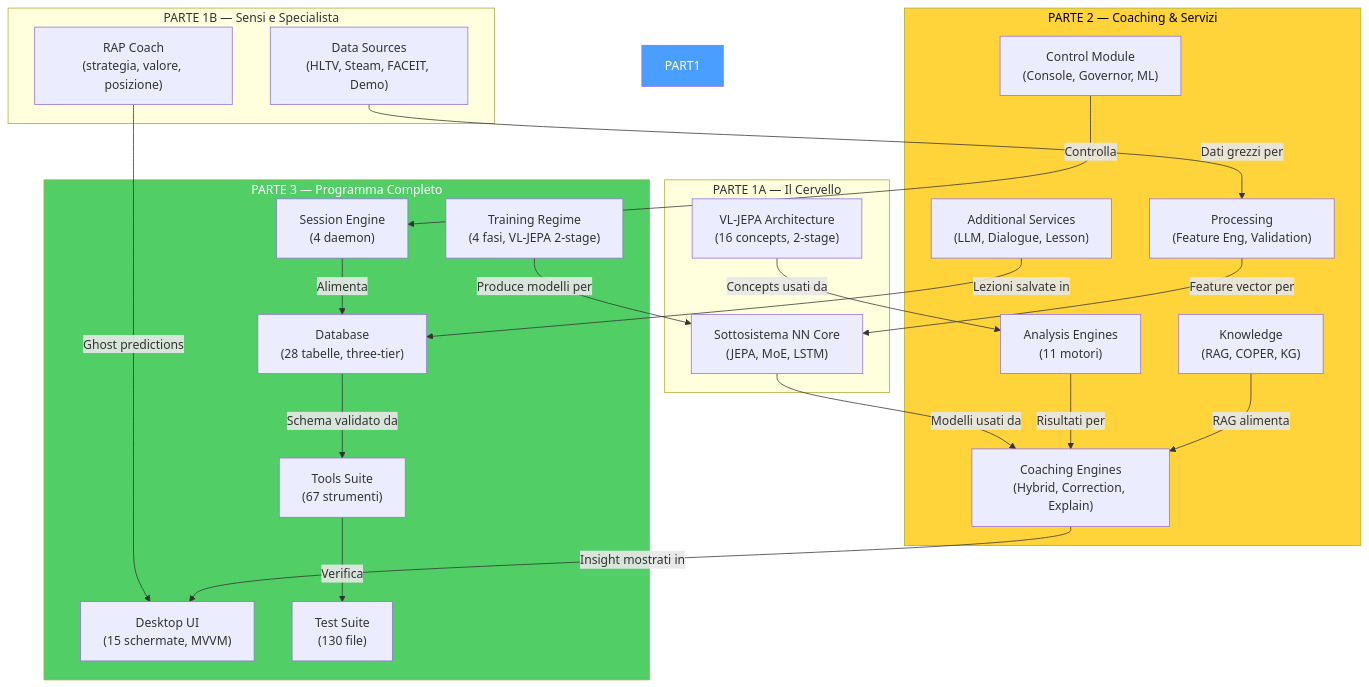
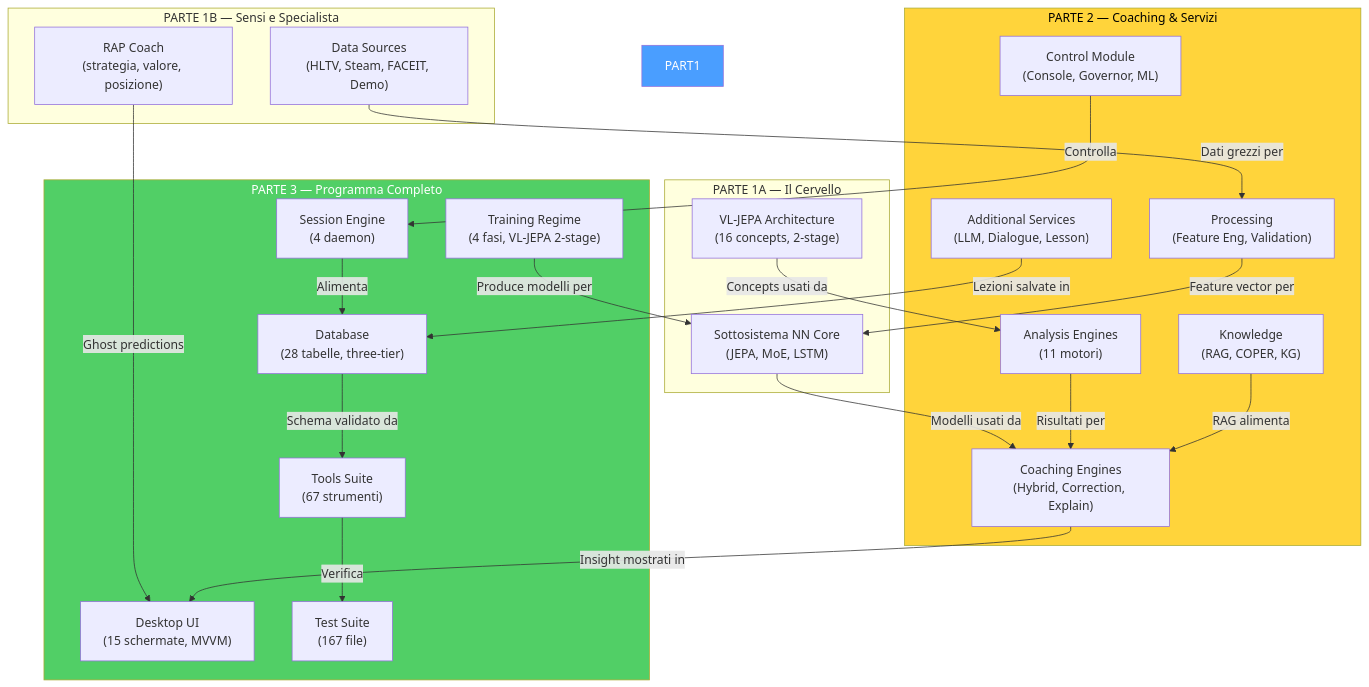
Before and after one commit to renanaugustomacena-ux/Counter-Strike-coach-AI: diagram 52 of 52 in docs/books/Book-Coach-3.md, drawn with Mermaid. The commit also changed other lines of this file and 36 other files, not shown here.

````diff
--- a/docs/books/Book-Coach-3.md
+++ b/docs/books/Book-Coach-3.md
@@ -2897,46 +2990,46 @@
 ```mermaid
 flowchart TB
     subgraph PART1A["PARTE 1A — Il Cervello"]
         P1_NN["Sottosistema NN Core<br/>(JEPA, MoE, LSTM)"]
         P1_VL["VL-JEPA Architecture<br/>(16 concepts, 2-stage)"]
     end
     subgraph PART1B["PARTE 1B — Sensi e Specialista"]
         P1_RAP["RAP Coach<br/>(strategia, valore, posizione)"]
         P1_DS["Data Sources<br/>(HLTV, Steam, FACEIT, Demo)"]
     end
     subgraph PART2["PARTE 2 — Coaching & Servizi"]
         P2_CE["Coaching Engines<br/>(Hybrid, Correction, Explain)"]
         P2_SV["Additional Services<br/>(LLM, Dialogue, Lesson)"]
         P2_AN["Analysis Engines<br/>(11 motori)"]
         P2_KN["Knowledge<br/>(RAG, COPER, KG)"]
         P2_PR["Processing<br/>(Feature Eng, Validation)"]
         P2_CT["Control Module<br/>(Console, Governor, ML)"]
     end
     subgraph PART3["PARTE 3 — Programma Completo"]
         P3_DB["Database<br/>(28 tabelle, three-tier)"]
         P3_TR["Training Regime<br/>(4 fasi, VL-JEPA 2-stage)"]
         P3_UI["Desktop UI<br/>(15 schermate, MVVM)"]
         P3_SE["Session Engine<br/>(4 daemon)"]
         P3_TL["Tools Suite<br/>(67 strumenti)"]
-        P3_TS["Test Suite<br/>(130 file)"]
+        P3_TS["Test Suite<br/>(167 file)"]
     end
 
     P1_NN -->|"Modelli usati da"| P2_CE
     P1_VL -->|"Concepts usati da"| P2_AN
     P1_RAP -->|"Ghost predictions"| P3_UI
     P1_DS -->|"Dati grezzi per"| P2_PR
     P2_CE -->|"Insight mostrati in"| P3_UI
     P2_SV -->|"Lezioni salvate in"| P3_DB
     P2_AN -->|"Risultati per"| P2_CE
     P2_KN -->|"RAG alimenta"| P2_CE
     P2_PR -->|"Feature vector per"| P1_NN
     P2_CT -->|"Controlla"| P3_SE
     P3_DB -->|"Schema validato da"| P3_TL
     P3_TR -->|"Produce modelli per"| P1_NN
     P3_SE -->|"Alimenta"| P3_DB
     P3_TL -->|"Verifica"| P3_TS
 
     style PART1 fill:#4a9eff,color:#fff
     style PART2 fill:#ffd43b,color:#000
     style PART3 fill:#51cf66,color:#fff
 ```
````
